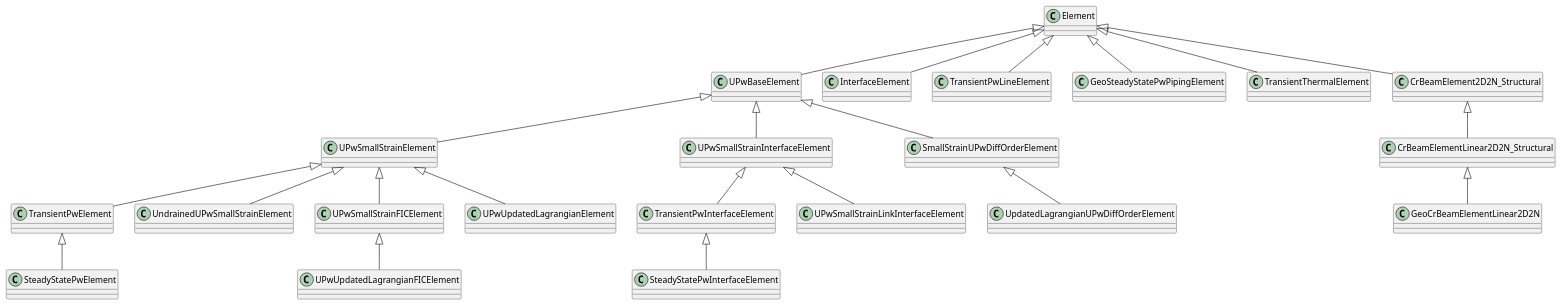
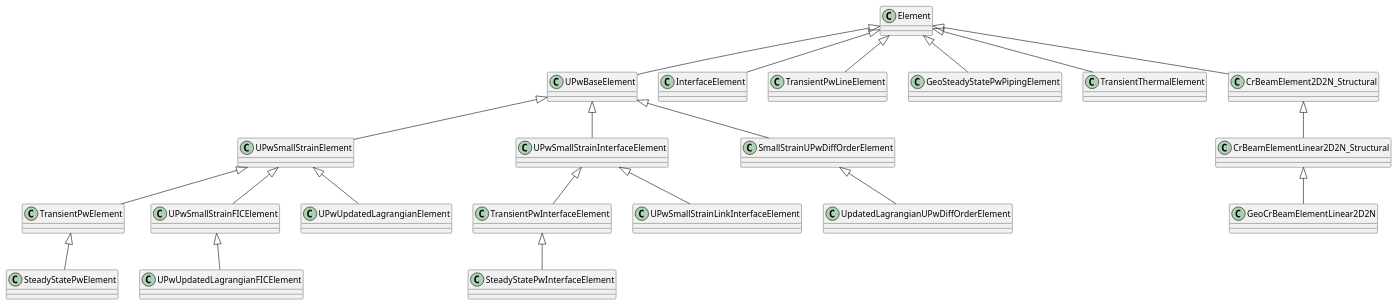
The diagram in applications/GeoMechanicsApplication/custom_elements/element_hierarchy.puml (KratosMultiphysics/Kratos), drawn with PlantUML before and after one commit. The commit also changed 4 other files, not shown here.

Commit message:
Remove UndrainedUPwSmallStrainElement

```diff
--- a/applications/GeoMechanicsApplication/custom_elements/element_hierarchy.puml
+++ b/applications/GeoMechanicsApplication/custom_elements/element_hierarchy.puml
@@ -1,70 +1,68 @@
 @startuml
 'https://plantuml.com/class-diagram
 
 class Element
 
 'UPW
 class UPwBaseElement
 
 class UPwSmallStrainElement
 class TransientPwElement
 class SteadyStatePwElement
-class UndrainedUPwSmallStrainElement
 class UPwSmallStrainFICElement
 class UPwUpdatedLagrangianFICElement
 class UPwUpdatedLagrangianElement
 
 class UPwSmallStrainInterfaceElement
 class TransientPwInterfaceElement
 class SteadyStatePwInterfaceElement
 class UPwSmallStrainLinkInterfaceElement
 
 Element <|-- UPwBaseElement
 UPwBaseElement <|-- UPwSmallStrainElement
 
 UPwSmallStrainElement <|-- TransientPwElement
 TransientPwElement <|-- SteadyStatePwElement
-UPwSmallStrainElement <|-- UndrainedUPwSmallStrainElement
 UPwSmallStrainElement <|-- UPwSmallStrainFICElement
 UPwSmallStrainFICElement <|-- UPwUpdatedLagrangianFICElement
 UPwSmallStrainElement <|-- UPwUpdatedLagrangianElement
 
 '
 '
 'Diff Order
 class SmallStrainUPwDiffOrderElement
 class UpdatedLagrangianUPwDiffOrderElement
 
 UPwBaseElement <|-- SmallStrainUPwDiffOrderElement
 SmallStrainUPwDiffOrderElement <|-- UpdatedLagrangianUPwDiffOrderElement
 
 UPwBaseElement <|-- UPwSmallStrainInterfaceElement
 UPwSmallStrainInterfaceElement <|-- TransientPwInterfaceElement
 TransientPwInterfaceElement <|-- SteadyStatePwInterfaceElement
 UPwSmallStrainInterfaceElement <|-- UPwSmallStrainLinkInterfaceElement
 
 class InterfaceElement
 Element <|-- InterfaceElement
 
 'Pw Elements
 class TransientPwLineElement
 class GeoSteadyStatePwPipingElement
 
 Element <|-- TransientPwLineElement
 Element <|-- GeoSteadyStatePwPipingElement
 
 ''Thermal
 class TransientThermalElement
 Element <|-- TransientThermalElement
 '
 '
 'Structural
 class CrBeamElement2D2N_Structural
 class CrBeamElementLinear2D2N_Structural
 class GeoCrBeamElementLinear2D2N
 
 Element <|-- CrBeamElement2D2N_Structural
 CrBeamElement2D2N_Structural <|-- CrBeamElementLinear2D2N_Structural
 CrBeamElementLinear2D2N_Structural <|-- GeoCrBeamElementLinear2D2N
 
 @enduml
```
